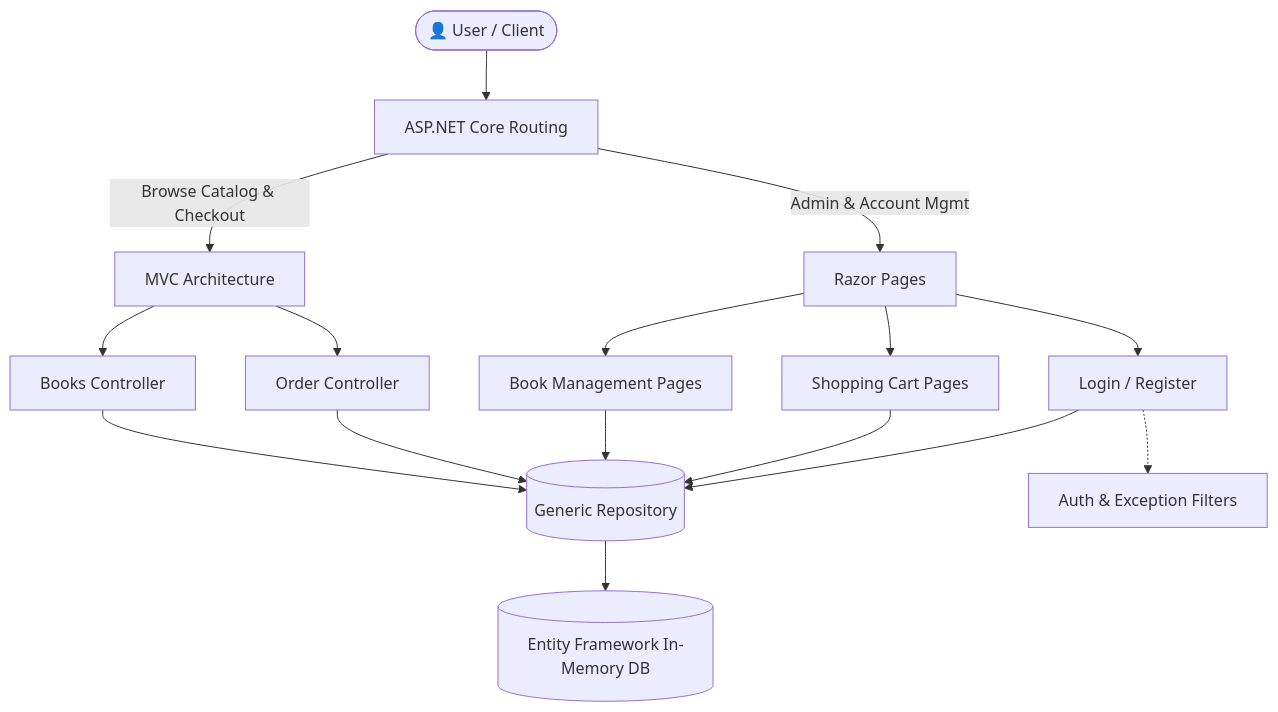
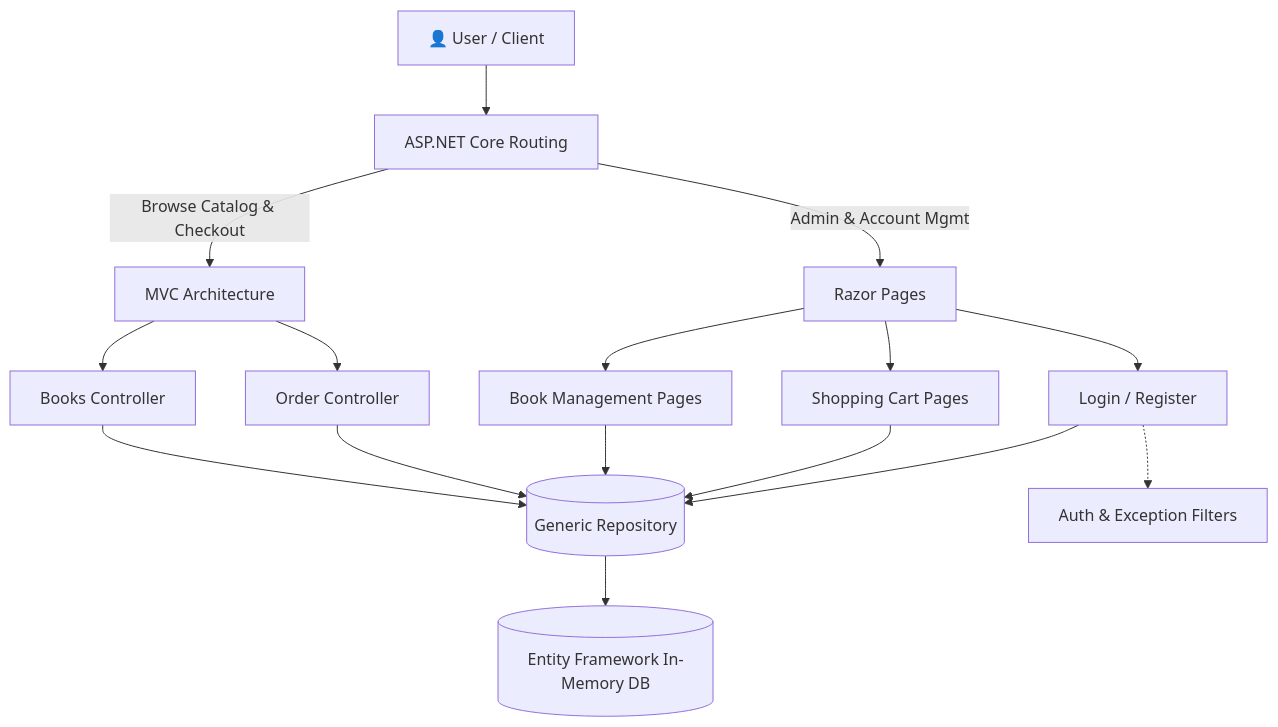
The diagram in README.md (DibyaGit/AspNetCore-Bookstore-MVC-Razor), drawn with Mermaid before and after one commit.

Commit message:
Docs: Fix Mermaid diagram rendering issue

````diff
--- a/README.md
+++ b/README.md
@@ -30,22 +30,27 @@
 ```mermaid
 graph TD
-    User([👤 User / Client]) --> Router[ASP.NET Core Routing]
+    User["👤 User / Client"] --> Router["ASP.NET Core Routing"]
     
     %% MVC Flow
-    Router -->|Browse Catalog & Checkout| MVC[MVC Architecture]
-    MVC --> BooksCtrl[Books Controller]
-    MVC --> OrderCtrl[Order Controller]
+    Router -->|"Browse Catalog & Checkout"| MVC["MVC Architecture"]
+    MVC --> BooksCtrl["Books Controller"]
+    MVC --> OrderCtrl["Order Controller"]
     
     %% Razor Pages Flow
-    Router -->|Admin & Account Mgmt| Razor[Razor Pages]
-    Razor --> BookMgmt[Book Management Pages]
-    Razor --> Cart[Shopping Cart Pages]
-    Razor --> Auth[Login / Register]
+    Router -->|"Admin & Account Mgmt"| Razor["Razor Pages"]
+    Razor --> BookMgmt["Book Management Pages"]
+    Razor --> Cart["Shopping Cart Pages"]
+    Razor --> Auth["Login / Register"]
     
     %% Shared Services
-    BooksCtrl & OrderCtrl & BookMgmt & Cart & Auth --> Repositories[(Generic Repository)]
-    Repositories --> EFCore[(Entity Framework In-Memory DB)]
+    BooksCtrl --> Repositories[("Generic Repository")]
+    OrderCtrl --> Repositories
+    BookMgmt --> Repositories
+    Cart --> Repositories
+    Auth --> Repositories
+    
+    Repositories --> EFCore[("Entity Framework In-Memory DB")]
     
     %% Filters
-    Auth -.-> Filters[Auth & Exception Filters]
+    Auth -.-> Filters["Auth & Exception Filters"]
 ```
````
